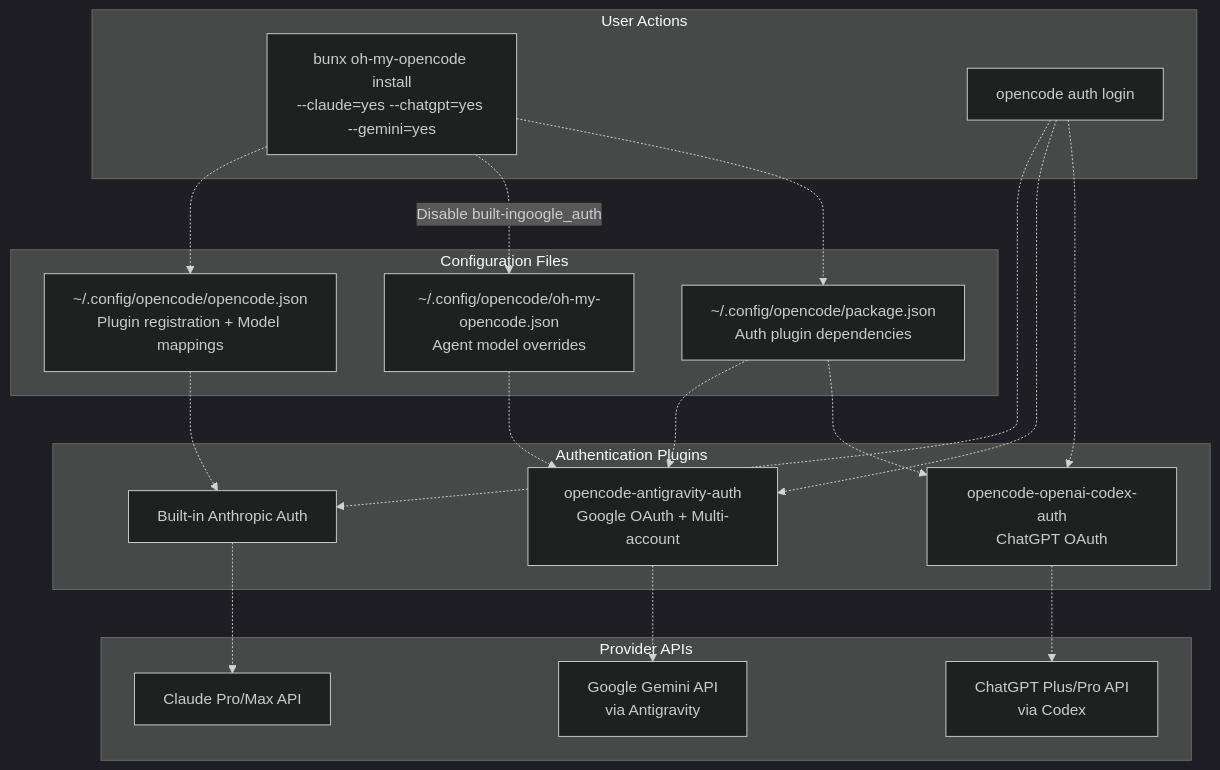
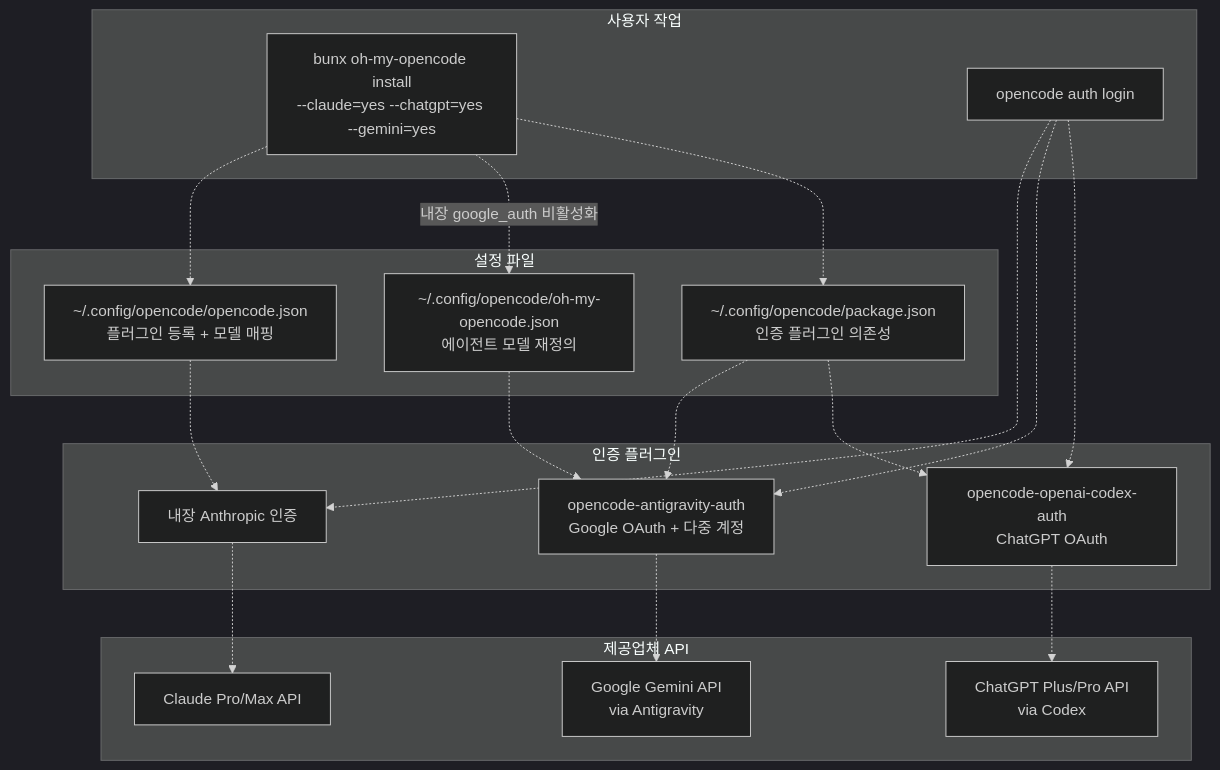
The first of 5 diagrams in docs/getting-started/authentication-setup.md (felipetruman/oh-my-opencode-docs), drawn with Mermaid (dark theme) before and after one commit. The commit also changed other lines of this file and 76 other files, not shown here.

````diff
--- a/docs/getting-started/authentication-setup.md
+++ b/docs/getting-started/authentication-setup.md
@@ -37,52 +37,52 @@
 ```mermaid
 flowchart TD
 
 Install["bunx oh-my-opencode install<br>--claude=yes --chatgpt=yes --gemini=yes"]
 AuthLogin["opencode auth login"]
-OpenCodeJSON["~/.config/opencode/opencode.json<br>Plugin registration + Model mappings"]
-OmoJSON["~/.config/opencode/oh-my-opencode.json<br>Agent model overrides"]
-PackageJSON["~/.config/opencode/package.json<br>Auth plugin dependencies"]
-BuiltinAnthropic["Built-in Anthropic Auth"]
-AntigravityPlugin["opencode-antigravity-auth<br>Google OAuth + Multi-account"]
+OpenCodeJSON["~/.config/opencode/opencode.json<br>플러그인 등록 + 모델 매핑"]
+OmoJSON["~/.config/opencode/oh-my-opencode.json<br>에이전트 모델 재정의"]
+PackageJSON["~/.config/opencode/package.json<br>인증 플러그인 의존성"]
+BuiltinAnthropic["내장 Anthropic 인증"]
+AntigravityPlugin["opencode-antigravity-auth<br>Google OAuth + 다중 계정"]
 CodexPlugin["opencode-openai-codex-auth<br>ChatGPT OAuth"]
 ClaudeAPI["Claude Pro/Max API"]
 GeminiAPI["Google Gemini API<br>via Antigravity"]
 ChatGPTAPI["ChatGPT Plus/Pro API<br>via Codex"]
 
 Install -.-> OpenCodeJSON
-Install -.->|"Disable built-ingoogle_auth"| OmoJSON
+Install -.->|"내장 google_auth 비활성화"| OmoJSON
 Install -.-> PackageJSON
 AuthLogin -.-> BuiltinAnthropic
 AuthLogin -.-> AntigravityPlugin
 AuthLogin -.-> CodexPlugin
 OpenCodeJSON -.-> BuiltinAnthropic
 PackageJSON -.-> AntigravityPlugin
 PackageJSON -.-> CodexPlugin
 OmoJSON -.-> AntigravityPlugin
 BuiltinAnthropic -.-> ClaudeAPI
 AntigravityPlugin -.-> GeminiAPI
 CodexPlugin -.-> ChatGPTAPI
 
-subgraph subGraph3 ["Provider APIs"]
+subgraph subGraph3 ["제공업체 API"]
     ClaudeAPI
     GeminiAPI
     ChatGPTAPI
 end
 
-subgraph subGraph2 ["Authentication Plugins"]
+subgraph subGraph2 ["인증 플러그인"]
     BuiltinAnthropic
     AntigravityPlugin
     CodexPlugin
 end
 
-subgraph subGraph1 ["Configuration Files"]
+subgraph subGraph1 ["설정 파일"]
     OpenCodeJSON
     OmoJSON
     PackageJSON
 end
 
-subgraph subGraph0 ["User Actions"]
+subgraph subGraph0 ["사용자 작업"]
     Install
     AuthLogin
 end
 ```
````
